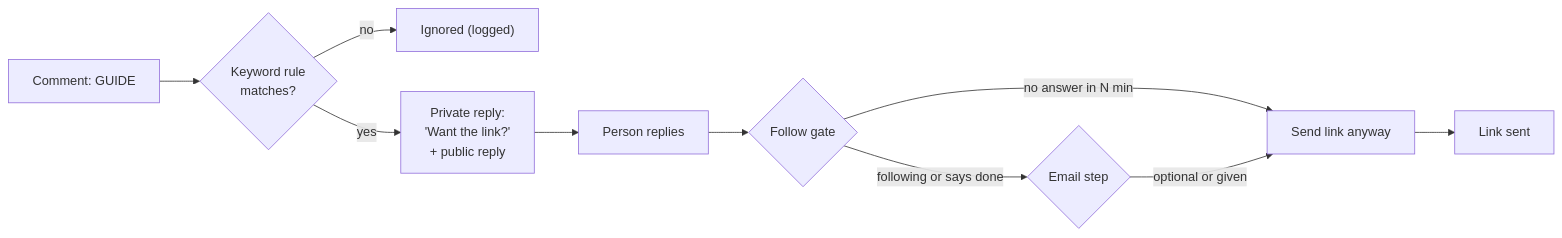
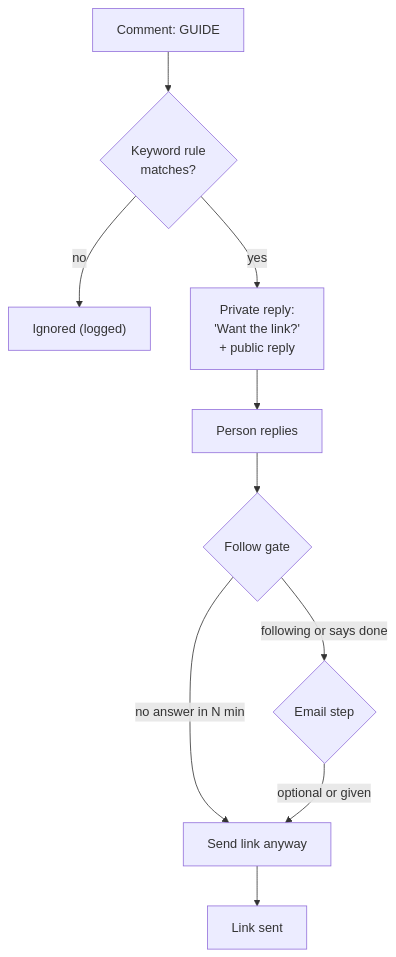
The first of 2 diagrams in README.md (charanjit-singh/opendm), drawn with Mermaid before and after one commit. The commit also changed other lines of this file, not shown here.

Commit message:
README: vertical flow diagram, headed features table

````diff
--- a/README.md
+++ b/README.md
@@ -70,12 +70,12 @@
 ```mermaid
-flowchart LR
+flowchart TD
   A["Comment: GUIDE"] --> B{"Keyword rule<br/>matches?"}
   B -- no --> Z["Ignored (logged)"]
   B -- yes --> C["Private reply:<br/>'Want the link?'<br/>+ public reply"]
   C --> D["Person replies"]
   D --> E{"Follow gate"}
   E -- following or says done --> F{"Email step"}
   E -- no answer in N min --> G["Send link anyway"]
   F -- optional or given --> G
   G --> H["Link sent"]
 ```
````
